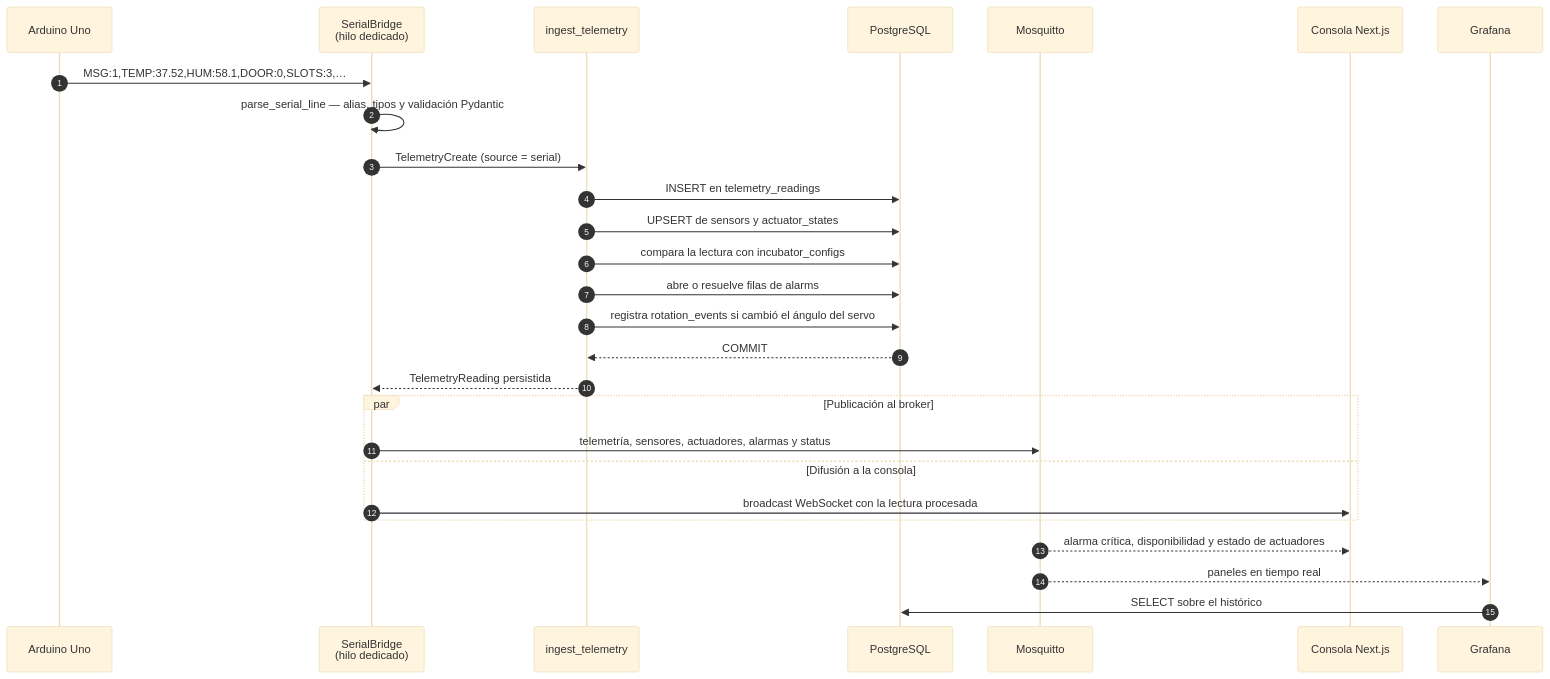
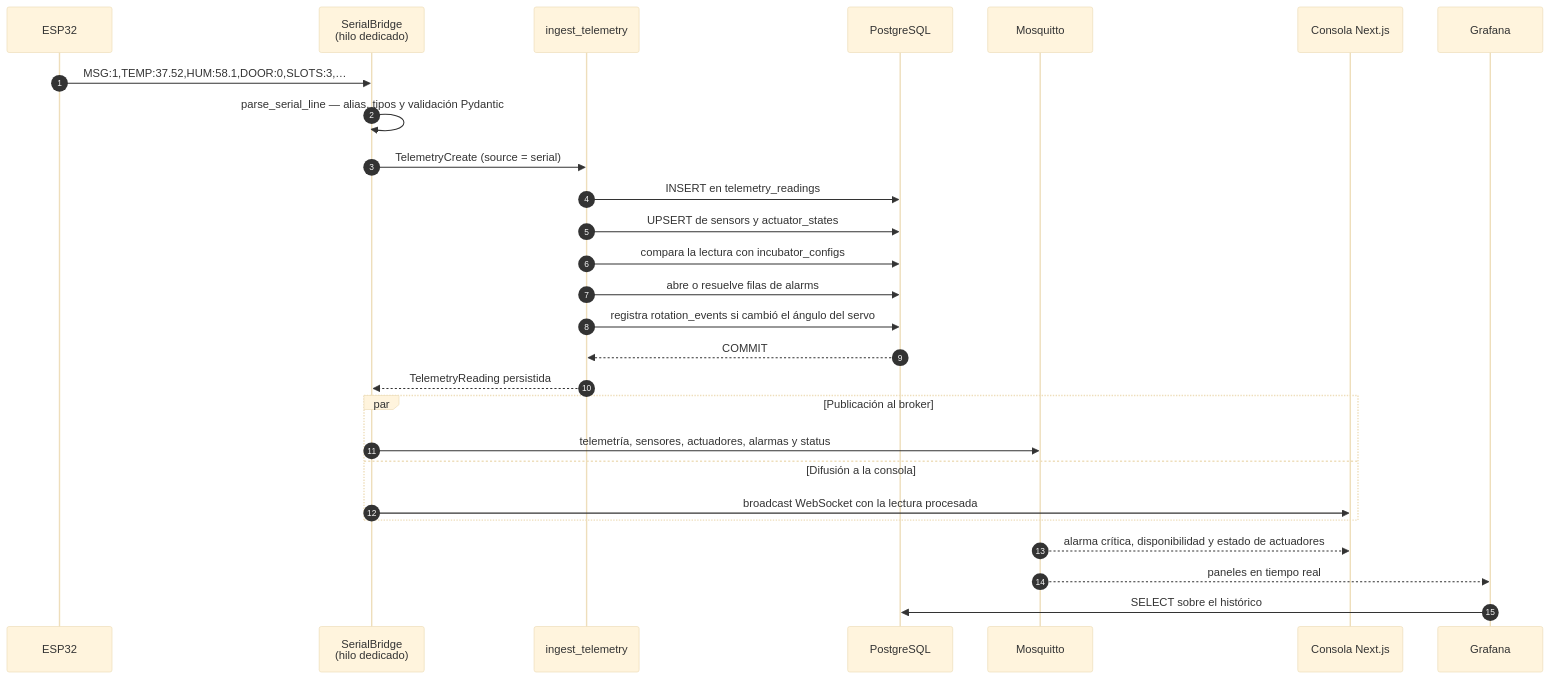
The second of 7 diagrams in Proyecto_1_SmartEgg/README.md (ricardious/AYC2_G3), drawn with Mermaid (base theme) before and after one commit. The commit also changed other lines of this file, not shown here.

````diff
--- a/Proyecto_1_SmartEgg/README.md
+++ b/Proyecto_1_SmartEgg/README.md
@@ -117,33 +119,33 @@
 ```mermaid
 sequenceDiagram
     autonumber
-    participant ARD as Arduino Uno
+    participant ARD as ESP32
     participant BR as SerialBridge<br/>(hilo dedicado)
     participant ING as ingest_telemetry
     participant PG as PostgreSQL
     participant MQ as Mosquitto
     participant NX as Consola Next.js
     participant GF as Grafana
 
     ARD->>BR: MSG:1,TEMP:37.52,HUM:58.1,DOOR:0,SLOTS:3,…
     BR->>BR: parse_serial_line — alias, tipos y validación Pydantic
     BR->>ING: TelemetryCreate (source = serial)
 
     ING->>PG: INSERT en telemetry_readings
     ING->>PG: UPSERT de sensors y actuator_states
     ING->>PG: compara la lectura con incubator_configs
     ING->>PG: abre o resuelve filas de alarms
     ING->>PG: registra rotation_events si cambió el ángulo del servo
     PG-->>ING: COMMIT
     ING-->>BR: TelemetryReading persistida
 
     par Publicación al broker
         BR->>MQ: telemetría, sensores, actuadores, alarmas y status
     and Difusión a la consola
         BR->>NX: broadcast WebSocket con la lectura procesada
     end
 
     MQ-->>NX: alarma crítica, disponibilidad y estado de actuadores
     MQ-->>GF: paneles en tiempo real
     GF->>PG: SELECT sobre el histórico
 ```
````
